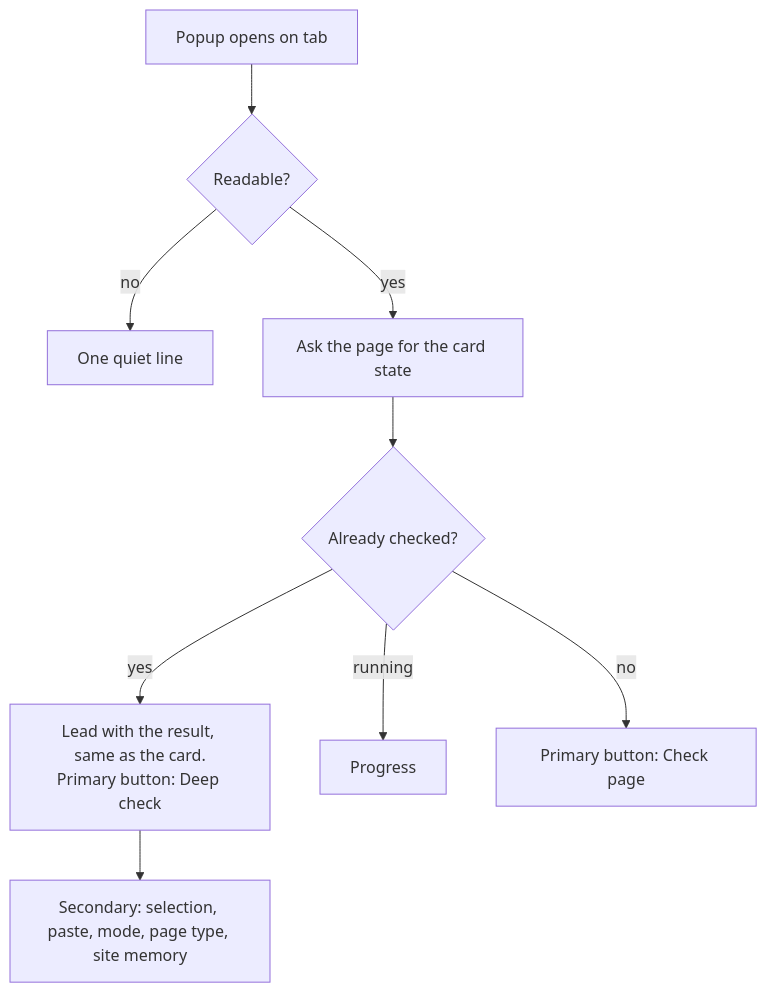
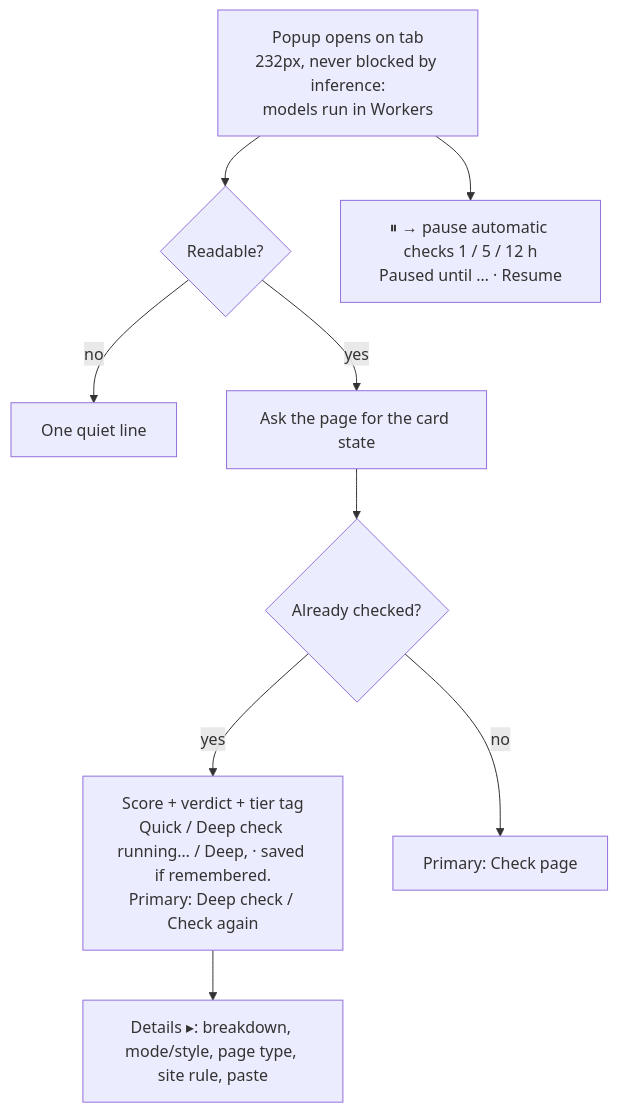
One commit to freddygaffey/local-ai-detector changed the fourth of 6 diagrams in docs/workflows.md. Above: the diagram before and after it, drawn with Mermaid. The commit also changed other lines of this file, not shown here.

Commit message:
Workflows: manual check, cache, pause, drag, click-for-details

````diff
--- a/docs/workflows.md
+++ b/docs/workflows.md
@@ -58,11 +60,11 @@
 ```mermaid
 flowchart TD
-  O[Popup opens on tab] --> R{Readable?}
+  O[Popup opens on tab<br/>232px, never blocked by inference:<br/>models run in Workers] --> R{Readable?}
   R -- no --> Q[One quiet line]
   R -- yes --> S[Ask the page for the card state]
   S --> K{Already checked?}
-  K -- yes --> L[Lead with the result, same as the card.<br/>Primary button: Deep check]
-  K -- running --> M[Progress]
-  K -- no --> N[Primary button: Check page]
-  L --> X[Secondary: selection, paste, mode, page type, site memory]
+  K -- yes --> L[Score + verdict + tier tag<br/>Quick / Deep check running… / Deep, · saved if remembered.<br/>Primary: Deep check / Check again]
+  K -- no --> N[Primary: Check page]
+  L --> X[Details ▸: breakdown, mode/style, page type, site rule, paste]
+  O --> P[⏸ → pause automatic checks 1 / 5 / 12 h<br/>Paused until … · Resume]
 ```
````
